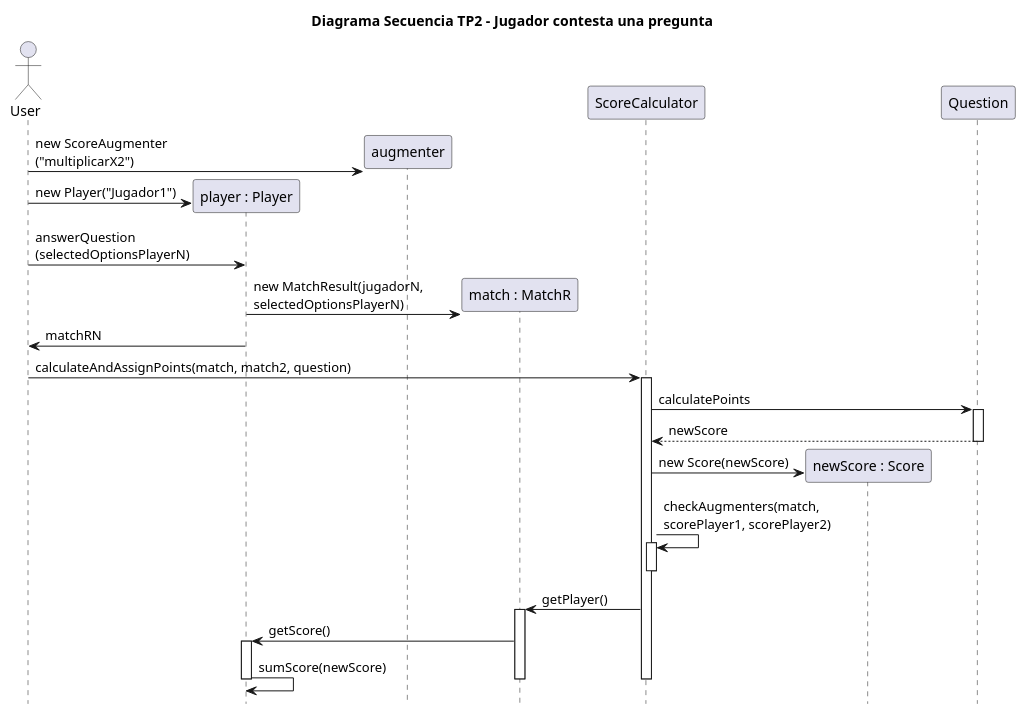
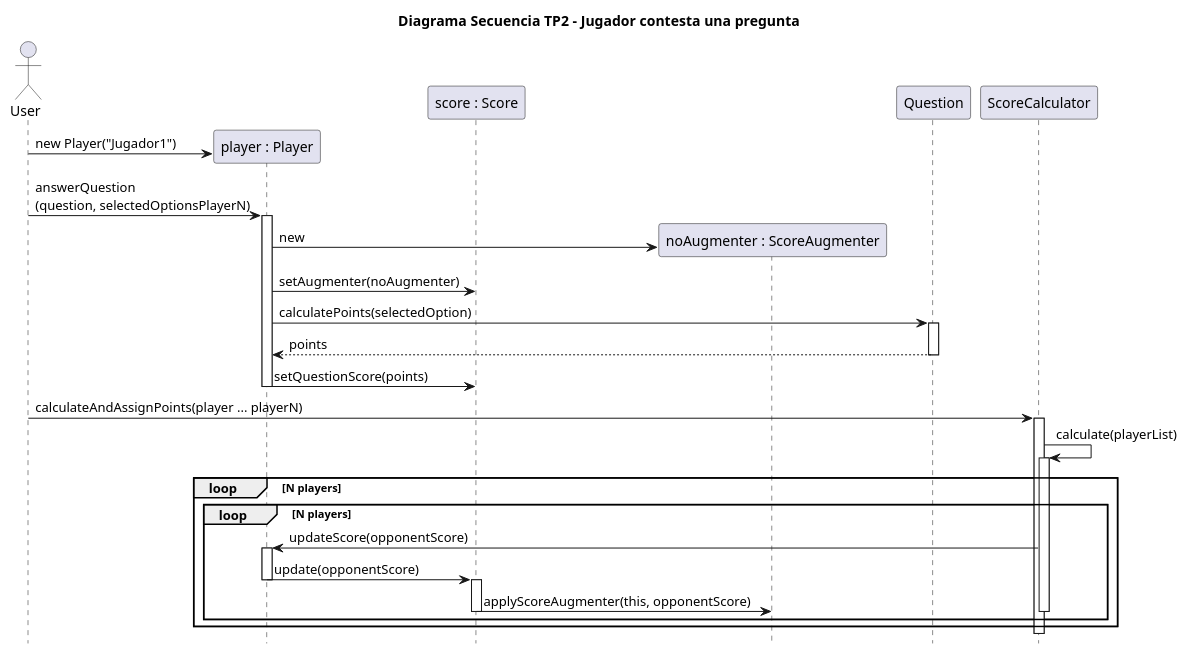
The diagram in docs/DiagramaSecuencia-ConestarPregunta.plantuml (diegosanchez/TP2-Kahoot), drawn with PlantUML before and after one commit. The commit also changed other lines of this file and 13 other files, not shown here.

First line of the commit message:
Actualización de Diagramas

```diff
--- a/docs/DiagramaSecuencia-ConestarPregunta.plantuml
+++ b/docs/DiagramaSecuencia-ConestarPregunta.plantuml
@@ -2,45 +1,50 @@
 @startuml
 
 actor User
 title Diagrama Secuencia TP2 - Jugador contesta una pregunta
 hide footbox
 
 participant "player : Player" as player
+participant "score : Score" as score
+participant "noAugmenter : ScoreAugmenter" as noMultiplier
 
-User -> augmenter ** : new ScoreAugmenter\n("multiplicarX2")
 User -> player ** : new Player("Jugador1")
 
-participant "match : MatchR" as match
+User -> player : answerQuestion\n(question, selectedOptionsPlayerN)
+activate player
 
-User -> player : answerQuestion\n(selectedOptionsPlayerN)
-player -> match **: new MatchResult(jugadorN, \nselectedOptionsPlayerN)
-player -> User : matchRN
+player -> noMultiplier** : new
+player -> score : setAugmenter(noAugmenter) 
 
-User -> ScoreCalculator : calculateAndAssignPoints(match, match2, question)
+player -> Question : calculatePoints(selectedOption)
+
+activate Question
+Question --> player : points
+deactivate Question
+
+player -> score : setQuestionScore(points)
+deactivate player
+
+User -> ScoreCalculator : calculateAndAssignPoints(player ... playerN)
 activate ScoreCalculator
 
 
-participant "newScore : Score" as puntaje
-ScoreCalculator -> Question : calculatePoints
-activate Question
-Question --> ScoreCalculator : newScore
-deactivate Question
 
-ScoreCalculator -> puntaje **: new Score(newScore)
+ScoreCalculator -> ScoreCalculator : calculate(playerList)
+activate ScoreCalculator
+loop N players
+loop N players
+ScoreCalculator -> player : updateScore(opponentScore)
+activate player
+player -> score : update(opponentScore)
+deactivate player
+activate score
+score -> noMultiplier : applyScoreAugmenter(this, opponentScore)
+deactivate score
 
-ScoreCalculator -> ScoreCalculator : checkAugmenters(match, \nscorePlayer1, scorePlayer2)
-activate ScoreCalculator
 deactivate ScoreCalculator
-
-ScoreCalculator -> match : getPlayer()
-activate match
-match -> player : getScore()
-activate player
-player -> player : sumScore(newScore)
-deactivate player
-deactivate match
-
-
+end loop
+end loop
 deactivate ScoreCalculator
 
 @enduml
```
